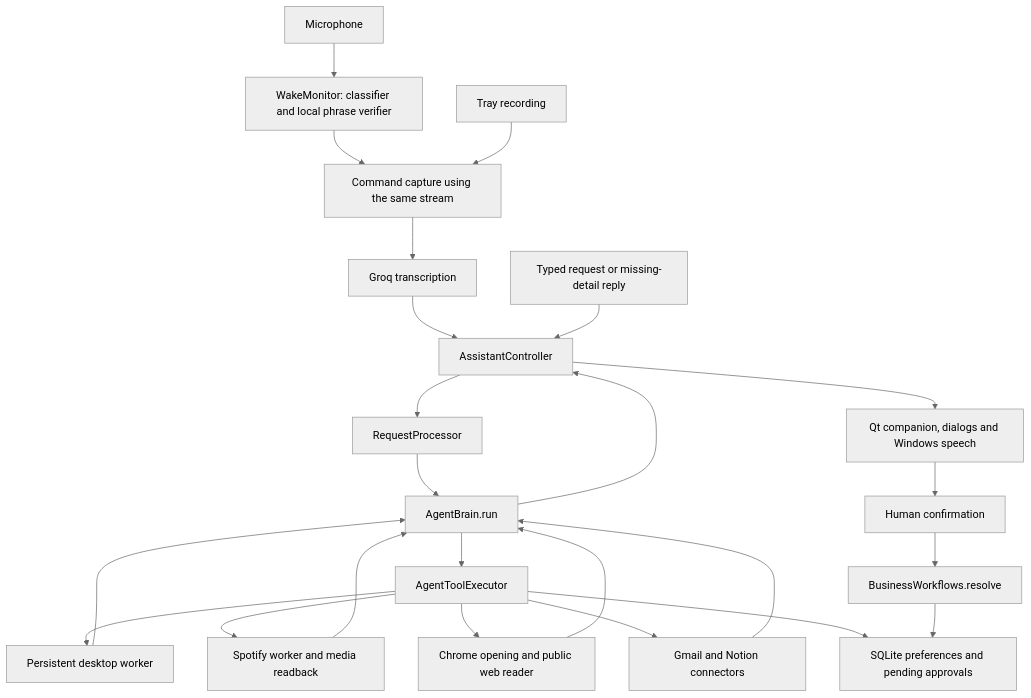
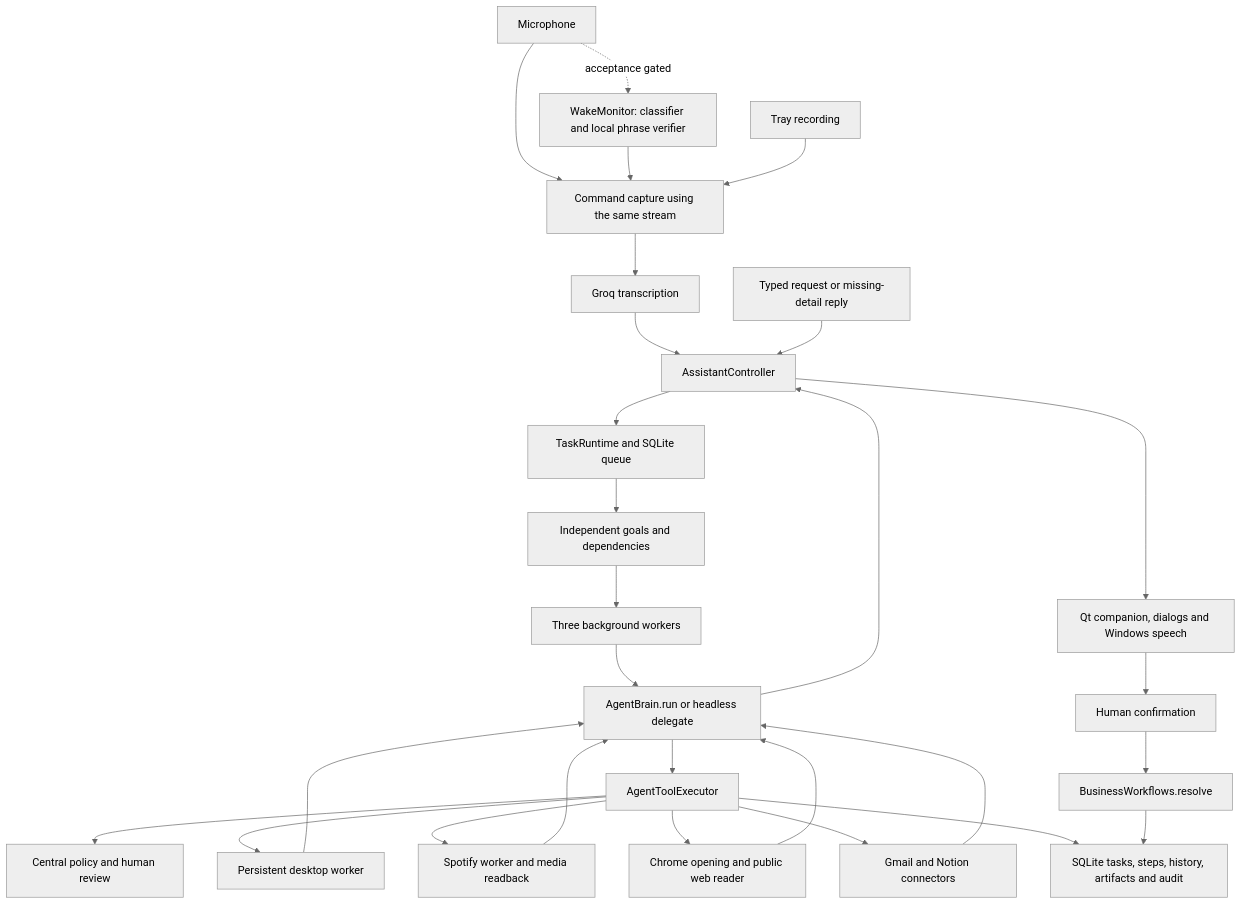
Before and after one commit to NameerKhan7/BilalAi: the diagram in docs/architecture.md, drawn with Mermaid (neutral theme). The commit also changed other lines of this file and 52 other files, not shown here.

Commit message:
Build durable agent tasks, reviewed plans and exact input

````diff
--- a/docs/architecture.md
+++ b/docs/architecture.md
@@ -24,26 +24,30 @@
 ```mermaid
 flowchart TD
-    Mic[Microphone] --> Wake[WakeMonitor: classifier and local phrase verifier]
+    Mic[Microphone] --> Capture[Explicit hold/manual capture]
+    Mic -. acceptance gated .-> Wake[WakeMonitor: classifier and local phrase verifier]
     Wake --> Capture[Command capture using the same stream]
     Manual[Tray recording] --> Capture
     Capture --> STT[Groq transcription]
     STT --> Controller[AssistantController]
     Typed[Typed request or missing-detail reply] --> Controller
-    Controller --> Router[RequestProcessor]
-    Router --> Brain[AgentBrain.run]
+    Controller --> Runtime[TaskRuntime and SQLite queue]
+    Runtime --> Planner[Independent goals and dependencies]
+    Planner --> Workers[Three background workers]
+    Workers --> Brain[AgentBrain.run or headless delegate]
     Brain --> Executor[AgentToolExecutor]
+    Executor --> Policy[Central policy and human review]
     Executor --> Desktop[Persistent desktop worker]
     Executor --> Media[Spotify worker and media readback]
     Executor --> Web[Chrome opening and public web reader]
     Executor --> Connectors[Gmail and Notion connectors]
-    Executor --> State[SQLite preferences and pending approvals]
+    Executor --> State[SQLite tasks, steps, history, artifacts and audit]
     Desktop --> Brain
     Media --> Brain
     Web --> Brain
     Connectors --> Brain
     Brain --> Controller
     Controller --> UI[Qt companion, dialogs and Windows speech]
     UI --> Approval[Human confirmation]
     Approval --> Workflow[BusinessWorkflows.resolve]
     Workflow --> State
 ```
````
